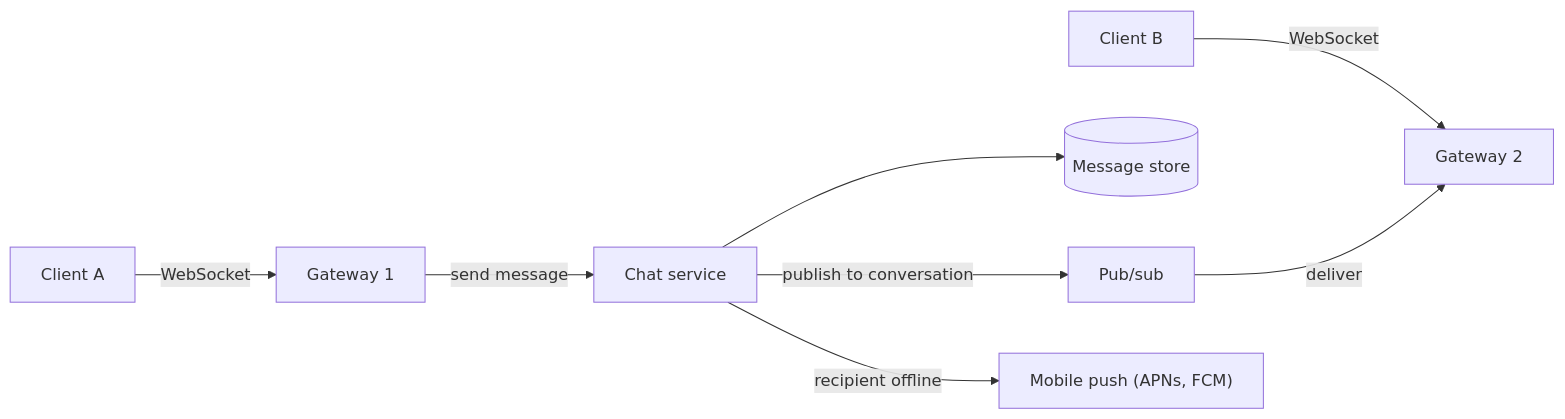
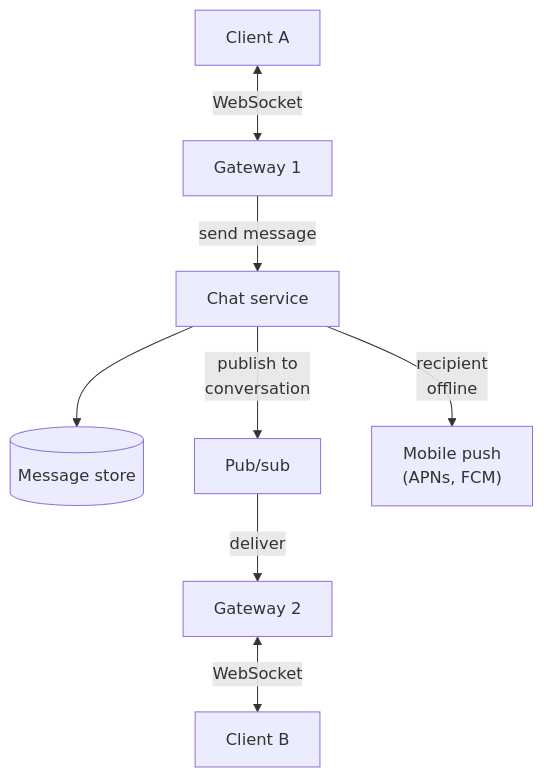
The third of 3 diagrams in src/content/docs/communication/api-styles.mdx (butyavk/system-design), drawn with Mermaid before and after one commit. The commit also changed other lines of this file and 144 other files, not shown here.

````diff
--- a/src/content/docs/communication/api-styles.mdx
+++ b/src/content/docs/communication/api-styles.mdx
@@ -247,10 +247,10 @@
 ```mermaid
-flowchart LR
-  clientA["Client A"] -- "WebSocket" --> gw1["Gateway 1"]
-  clientB["Client B"] -- "WebSocket" --> gw2["Gateway 2"]
+flowchart TB
+  clientA["Client A"] <-- "WebSocket" --> gw1["Gateway 1"]
   gw1 -- "send message" --> chat["Chat service"]
   chat --> store[("Message store")]
-  chat -- "publish to conversation" --> bus["Pub/sub"]
-  bus -- "deliver" --> gw2
-  chat -- "recipient offline" --> push["Mobile push (APNs, FCM)"]
+  chat -- "publish to<br/>conversation" --> bus["Pub/sub"]
+  chat -- "recipient<br/>offline" --> push["Mobile push<br/>(APNs, FCM)"]
+  bus -- "deliver" --> gw2["Gateway 2"]
+  gw2 <-- "WebSocket" --> clientB["Client B"]
 ```
````
